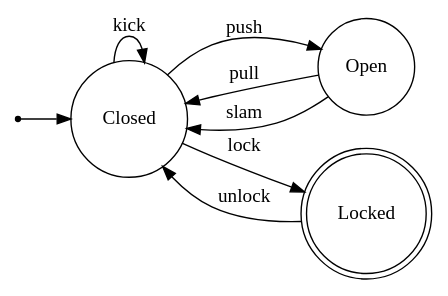
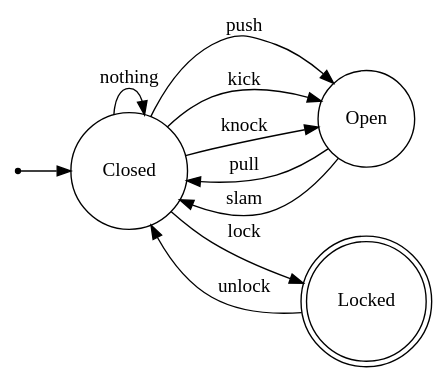
The diagram in bin/graph.gv (P4-Group2-Compiler/P4-State-Lang), drawn with Graphviz before and after one commit. The commit also changed 3 other files, not shown here.

```diff
--- a/bin/graph.gv
+++ b/bin/graph.gv
@@ -1,13 +1,15 @@
 digraph Door {
  rankdir = LR;
  node [shape = circle;];
  null [shape = point;];
 null -> Closed;
+Closed -> Closed [label="nothing"];
 Closed -> Open [label="push"];
-Closed -> Closed [label="kick"];
+Closed -> Open [label="kick"];
+Closed -> Open [label="knock"];
 Closed -> Locked [label="lock"];
 Open -> Closed [label="pull"];
 Open -> Closed [label="slam"];
 Locked -> Closed [label="unlock"];
 Locked [shape = doublecircle;];
 }
```
